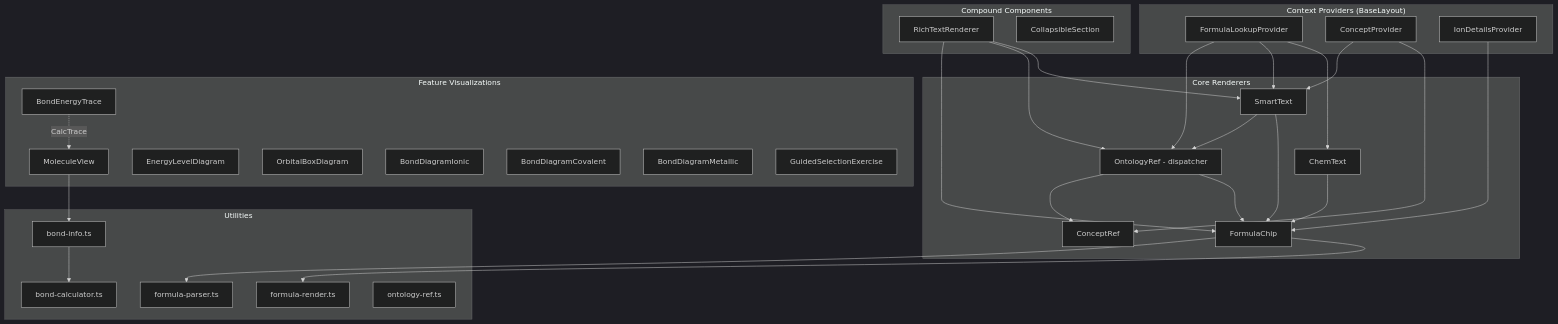
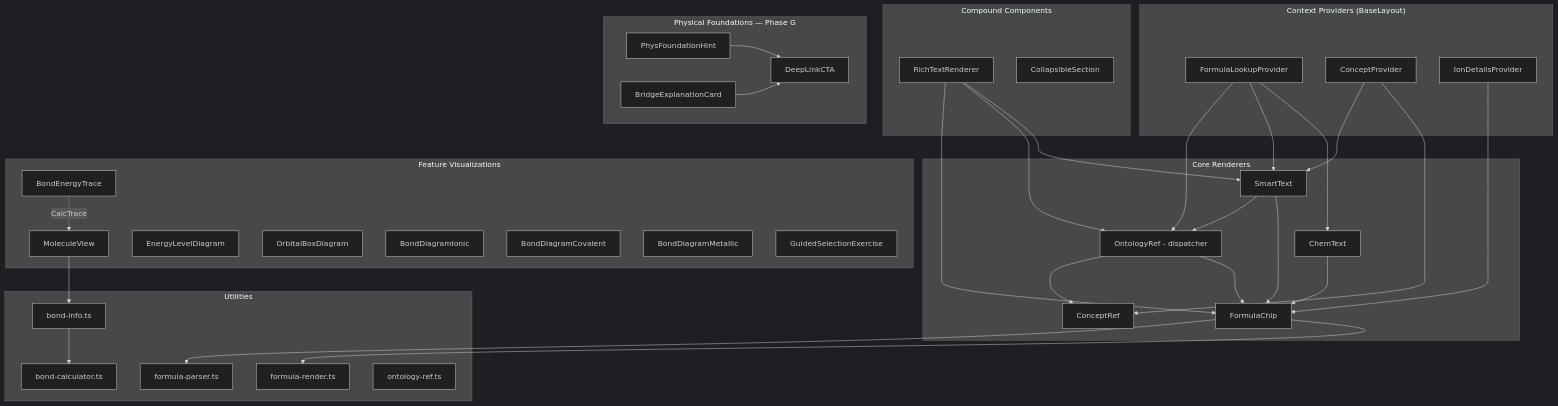
One commit to dronsv/chemistry-no-magic changed the first of 2 diagrams in docs/visualization-components.md. Above: the diagram before and after it, drawn with Mermaid (dark theme). The commit also changed other lines of this file and 11 other files, not shown here.

````diff
--- a/docs/visualization-components.md
+++ b/docs/visualization-components.md
@@ -11,62 +11,71 @@
 ```mermaid
 graph TD
     subgraph "Context Providers (BaseLayout)"
         FLP[FormulaLookupProvider]
         CP[ConceptProvider]
         IDP[IonDetailsProvider]
     end
 
     subgraph "Core Renderers"
         FC[FormulaChip]
         OR[OntologyRef - dispatcher]
         CR[ConceptRef]
         CT[ChemText]
         ST[SmartText]
     end
 
     subgraph "Compound Components"
         RTR[RichTextRenderer]
         CS[CollapsibleSection]
     end
 
     subgraph "Feature Visualizations"
         MV[MoleculeView]
         BET[BondEnergyTrace]
         ELD[EnergyLevelDiagram]
         OBD[OrbitalBoxDiagram]
         BDI[BondDiagramIonic]
         BDC[BondDiagramCovalent]
         BDM[BondDiagramMetallic]
         GSE[GuidedSelectionExercise]
     end
 
+    subgraph "Physical Foundations — Phase G"
+        PFH[PhysFoundationHint]
+        BEC[BridgeExplanationCard]
+        DLC[DeepLinkCTA]
+    end
+
     subgraph "Utilities"
         FR[formula-render.ts]
         FP[formula-parser.ts]
         BC[bond-calculator.ts]
         BI[bond-info.ts]
         ORL[ontology-ref.ts]
     end
 
     FLP --> CT
     FLP --> ST
     FLP --> OR
     CP --> CR
     CP --> ST
     IDP --> FC
 
     CT --> FC
     ST --> FC
     ST --> OR
     OR --> FC
     OR --> CR
     RTR --> ST
     RTR --> OR
     RTR --> FC
 
     FC --> FR
     FC --> FP
     MV --> BI
     BI --> BC
     BET -.-> |CalcTrace| MV
+
+    PFH --> DLC
+    BEC --> DLC
 ```
````
